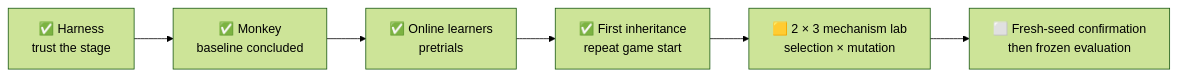
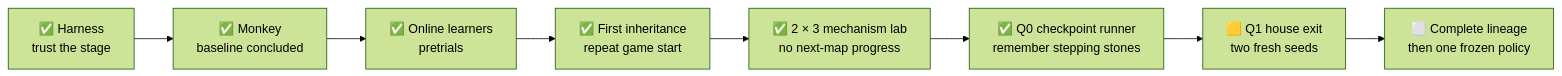
The first of 2 diagrams in README.md (PeteAndrews1289/pokemon-red-ai), drawn with Mermaid (forest theme) before and after one commit. The commit also changed other lines of this file and 25 other files, not shown here.

````diff
--- a/README.md
+++ b/README.md
@@ -60,8 +69,10 @@
 ```mermaid
 flowchart LR
     P0["✅ Harness<br/>trust the stage"] --> B0["✅ Monkey<br/>baseline concluded"]
     B0 --> B2["✅ Online learners<br/>pretrials"]
     B2 --> B1["✅ First inheritance<br/>repeat game start"]
-    B1 --> EV["🟨 2 × 3 mechanism lab<br/>selection × mutation"]
-    EV --> FR["⬜ Fresh-seed confirmation<br/>then frozen evaluation"]
+    B1 --> EV["✅ 2 × 3 mechanism lab<br/>no next-map progress"]
+    EV --> EX["✅ Q0 checkpoint runner<br/>remember stepping stones"]
+    EX --> Q1["🟨 Q1 house exit<br/>two fresh seeds"]
+    Q1 --> FR["⬜ Complete lineage<br/>then one frozen policy"]
 ```
````
